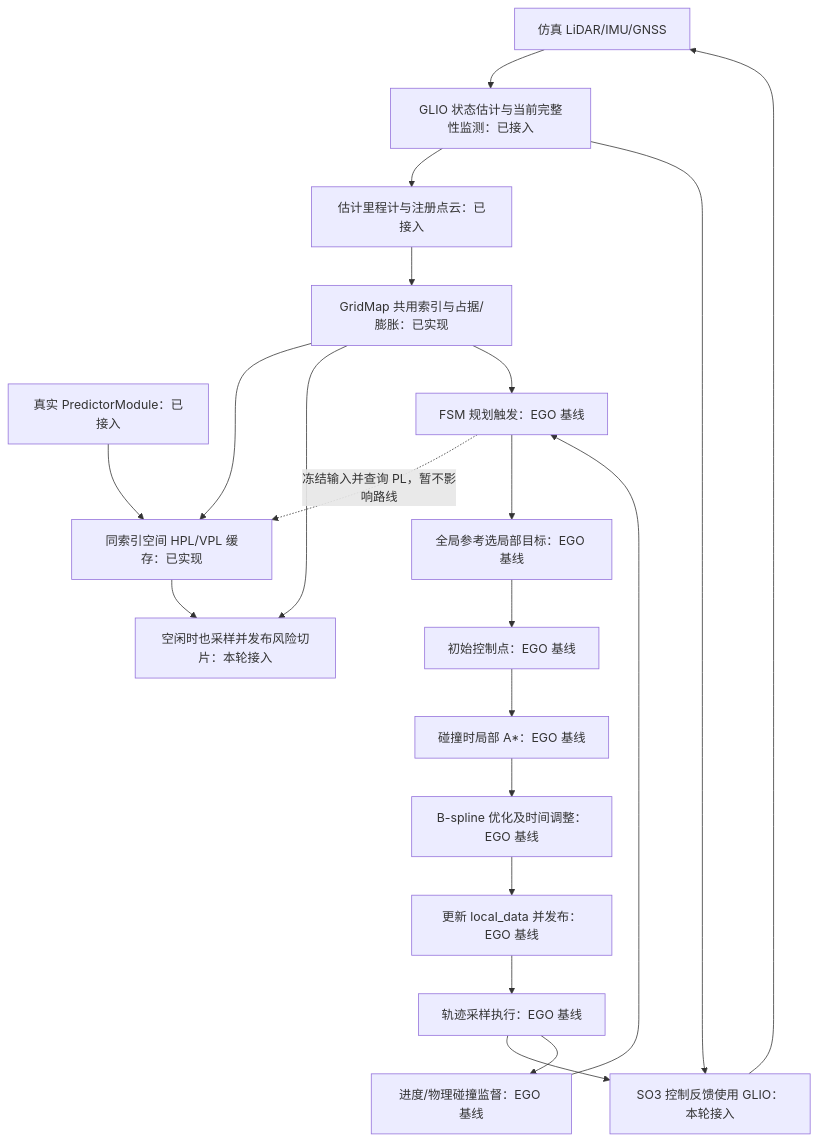
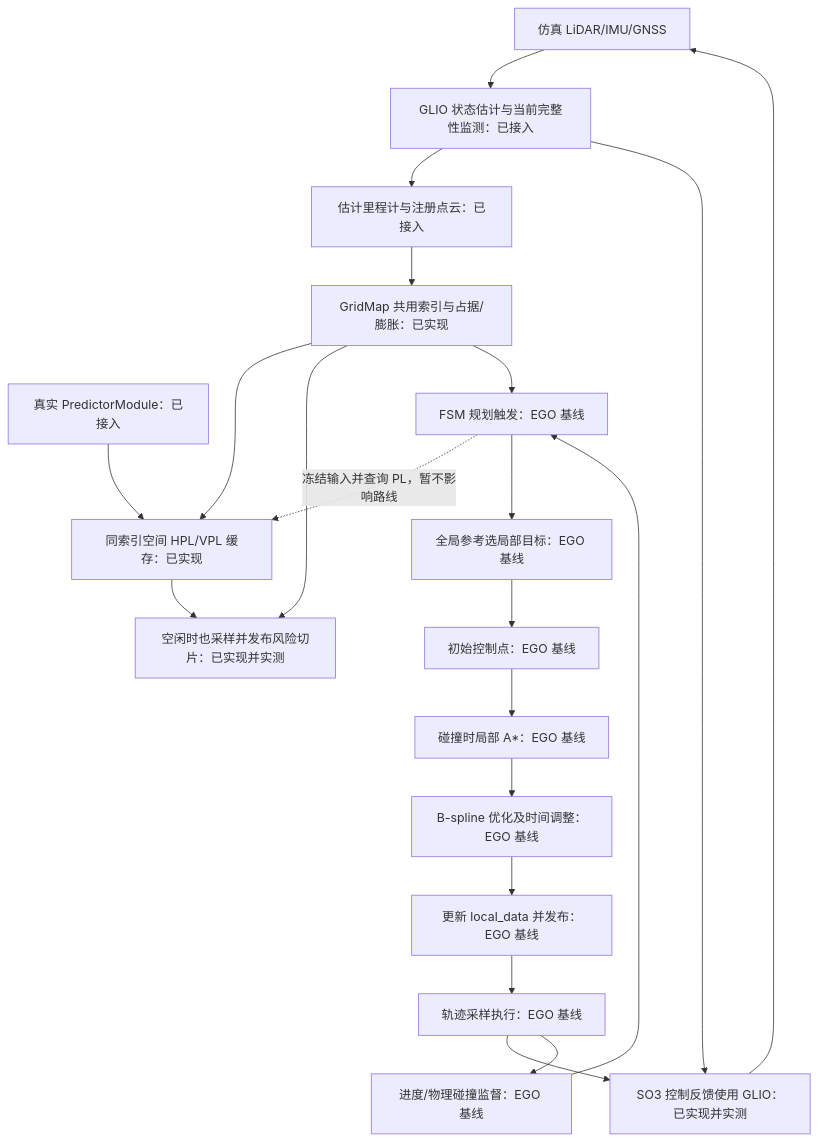
The second of 3 diagrams in docs/spec/ego_based_planning_flow.md (Printeger/iap), drawn with Mermaid before and after one commit. The commit also changed other lines of this file and 1 other file, not shown here.

````diff
--- a/docs/spec/ego_based_planning_flow.md
+++ b/docs/spec/ego_based_planning_flow.md
@@ -58,23 +58,23 @@
 ```mermaid
 flowchart TD
     Sensors[仿真 LiDAR/IMU/GNSS] --> GLIO[GLIO 状态估计与当前完整性监测：已接入]
     GLIO --> Inputs[估计里程计与注册点云：已接入]
-    GLIO --> Control[SO3 控制反馈使用 GLIO：本轮接入]
+    GLIO --> Control[SO3 控制反馈使用 GLIO：已实现并实测]
     Inputs --> Map[GridMap 共用索引与占据/膨胀：已实现]
     Predictor[真实 PredictorModule：已接入] --> Risk[同索引空间 HPL/VPL 缓存：已实现]
     Map --> Risk
-    Risk --> Viz[空闲时也采样并发布风险切片：本轮接入]
+    Risk --> Viz[空闲时也采样并发布风险切片：已实现并实测]
     Map --> Viz
     FSM -.->|冻结输入并查询 PL，暂不影响路线| Risk
     Map --> FSM[FSM 规划触发：EGO 基线]
     FSM --> Target[全局参考选局部目标：EGO 基线]
     Target --> Init[初始控制点：EGO 基线]
     Init --> Search[碰撞时局部 A*：EGO 基线]
     Search --> Opt[B-spline 优化及时间调整：EGO 基线]
     Opt --> Commit[更新 local_data 并发布：EGO 基线]
     Commit --> Execute[轨迹采样执行：EGO 基线]
     Execute --> Control
     Control --> Sensors
     Execute --> Check[进度/物理碰撞监督：EGO 基线]
     Check --> FSM
 ```
````
